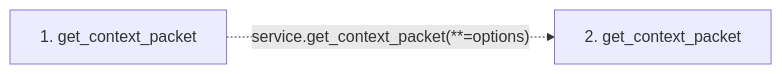
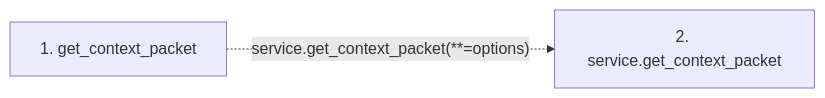
The second of 2 diagrams in docs/llm_wiki/flows/mcp-get_context_packet.md (Denissvgn/python-wiki-llm), drawn with Mermaid before and after one commit. The commit also changed other lines of this file and 719 other files, not shown here.

````diff
--- a/docs/llm_wiki/flows/mcp-get_context_packet.md
+++ b/docs/llm_wiki/flows/mcp-get_context_packet.md
@@ -19,7 +20,7 @@
 ```mermaid
 flowchart LR
     s1["1. get_context_packet"]
-    s2["2. get_context_packet"]
+    s2["2. service.get_context_packet"]
     s1 -. "service.get_context_packet(**=options)" .-> s2
     click s1 "../modules/mcp_server.md"
 ```
````
